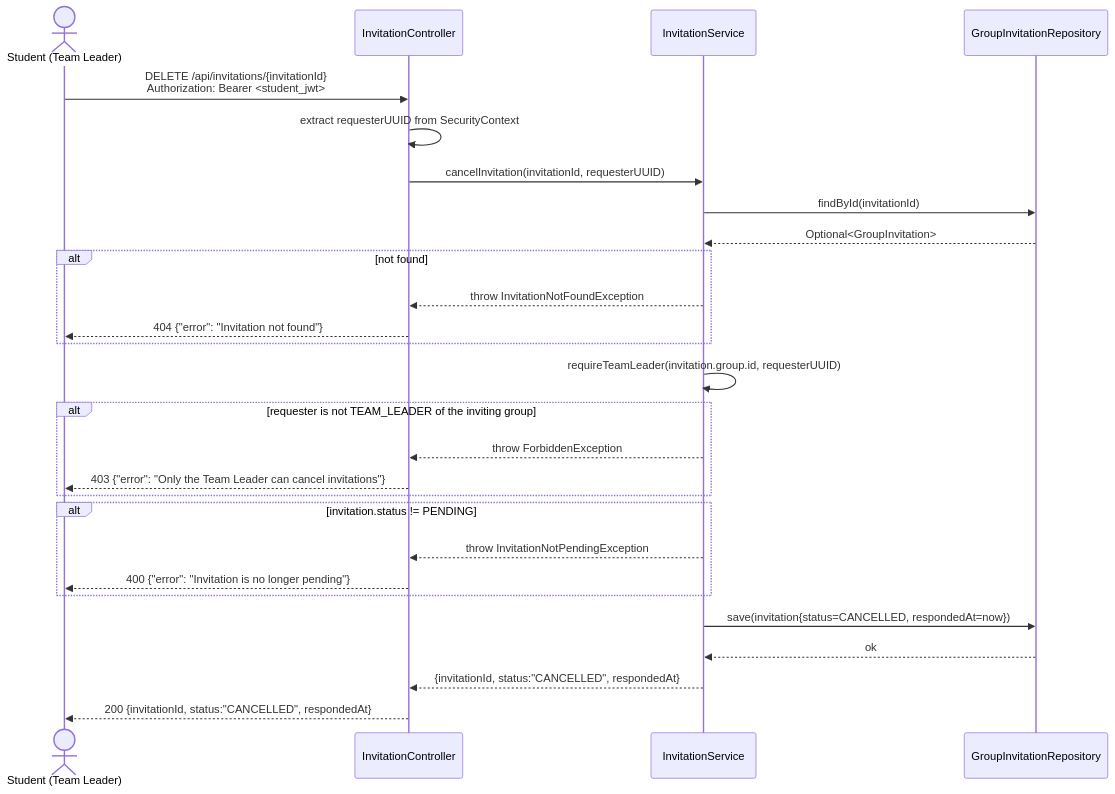
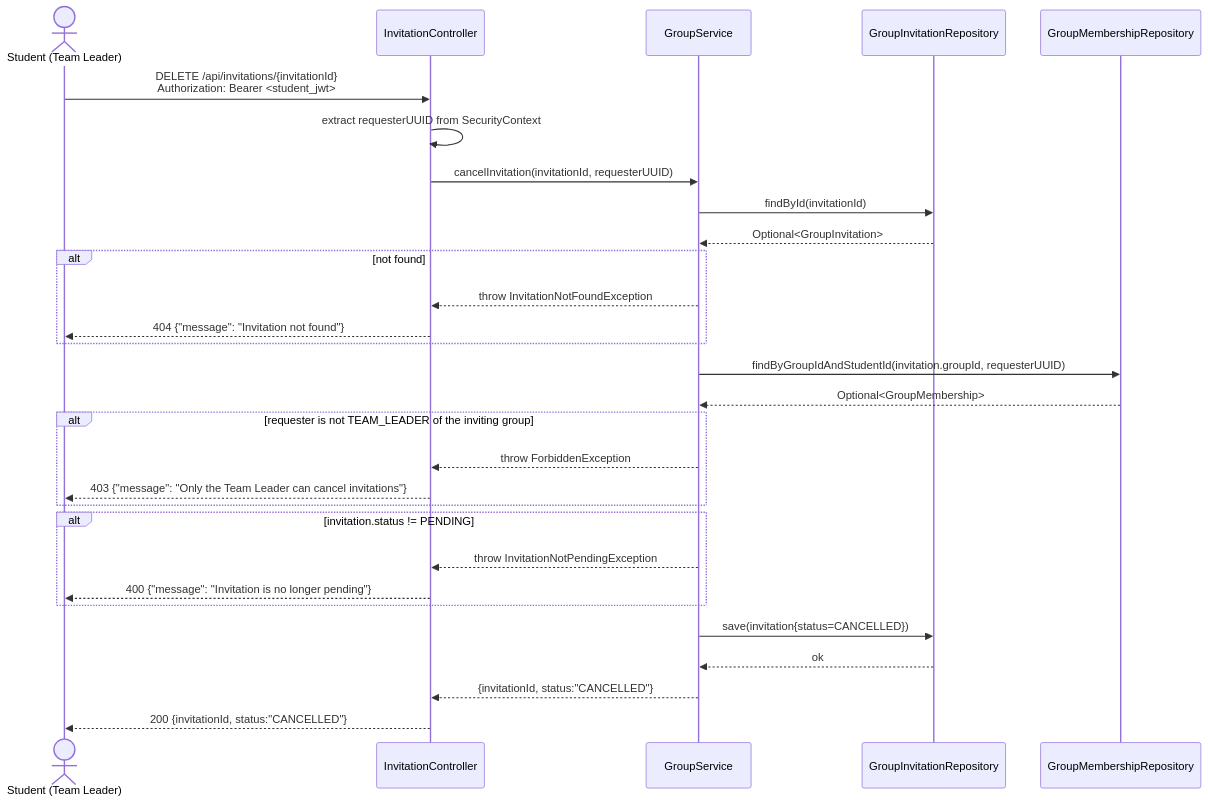
One commit to SE3318-Spring-2025-2026/senior-app-6 changed the fourth of 4 diagrams in docs/process2/sequences/2.2_invitation_send_p2.md. Above: the diagram before and after it, drawn with Mermaid. The commit also changed other lines of this file and 20 other files, not shown here.

````diff
--- a/docs/process2/sequences/2.2_invitation_send_p2.md
+++ b/docs/process2/sequences/2.2_invitation_send_p2.md
@@ -161,38 +152,40 @@
 ```mermaid
 sequenceDiagram
     actor Student as Student (Team Leader)
     participant InvitationController
-    participant InvitationService
+    participant GroupService
     participant GroupInvitationRepository
+    participant GroupMembershipRepository
 
     Student->>InvitationController: DELETE /api/invitations/{invitationId}<br/>Authorization: Bearer <student_jwt>
 
     InvitationController->>InvitationController: extract requesterUUID from SecurityContext
-    InvitationController->>InvitationService: cancelInvitation(invitationId, requesterUUID)
+    InvitationController->>GroupService: cancelInvitation(invitationId, requesterUUID)
 
-    InvitationService->>GroupInvitationRepository: findById(invitationId)
-    GroupInvitationRepository-->>InvitationService: Optional<GroupInvitation>
+    GroupService->>GroupInvitationRepository: findById(invitationId)
+    GroupInvitationRepository-->>GroupService: Optional<GroupInvitation>
 
     alt not found
-        InvitationService-->>InvitationController: throw InvitationNotFoundException
-        InvitationController-->>Student: 404 {"error": "Invitation not found"}
+        GroupService-->>InvitationController: throw InvitationNotFoundException
+        InvitationController-->>Student: 404 {"message": "Invitation not found"}
     end
 
-    InvitationService->>InvitationService: requireTeamLeader(invitation.group.id, requesterUUID)
+    GroupService->>GroupMembershipRepository: findByGroupIdAndStudentId(invitation.groupId, requesterUUID)
+    GroupMembershipRepository-->>GroupService: Optional<GroupMembership>
 
     alt requester is not TEAM_LEADER of the inviting group
-        InvitationService-->>InvitationController: throw ForbiddenException
-        InvitationController-->>Student: 403 {"error": "Only the Team Leader can cancel invitations"}
+        GroupService-->>InvitationController: throw ForbiddenException
+        InvitationController-->>Student: 403 {"message": "Only the Team Leader can cancel invitations"}
     end
 
     alt invitation.status != PENDING
-        InvitationService-->>InvitationController: throw InvitationNotPendingException
-        InvitationController-->>Student: 400 {"error": "Invitation is no longer pending"}
+        GroupService-->>InvitationController: throw InvitationNotPendingException
+        InvitationController-->>Student: 400 {"message": "Invitation is no longer pending"}
     end
 
-    InvitationService->>GroupInvitationRepository: save(invitation{status=CANCELLED, respondedAt=now})
-    GroupInvitationRepository-->>InvitationService: ok
+    GroupService->>GroupInvitationRepository: save(invitation{status=CANCELLED})
+    GroupInvitationRepository-->>GroupService: ok
 
-    InvitationService-->>InvitationController: {invitationId, status:"CANCELLED", respondedAt}
-    InvitationController-->>Student: 200 {invitationId, status:"CANCELLED", respondedAt}
+    GroupService-->>InvitationController: {invitationId, status:"CANCELLED"}
+    InvitationController-->>Student: 200 {invitationId, status:"CANCELLED"}
 ```
````
